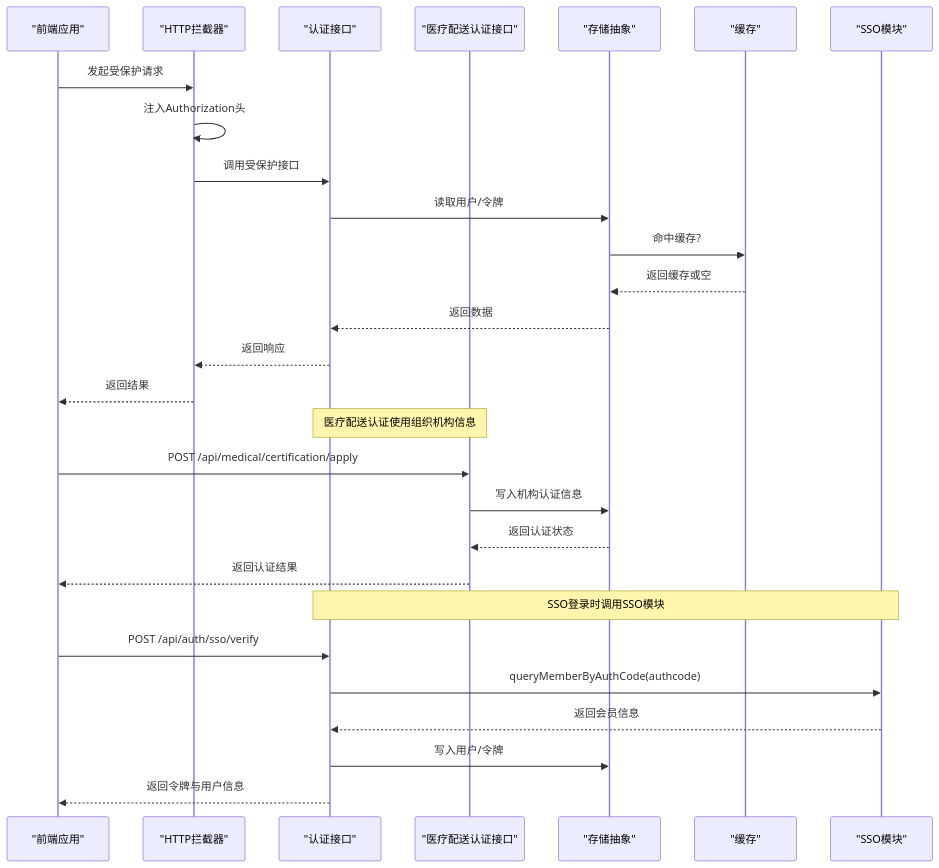
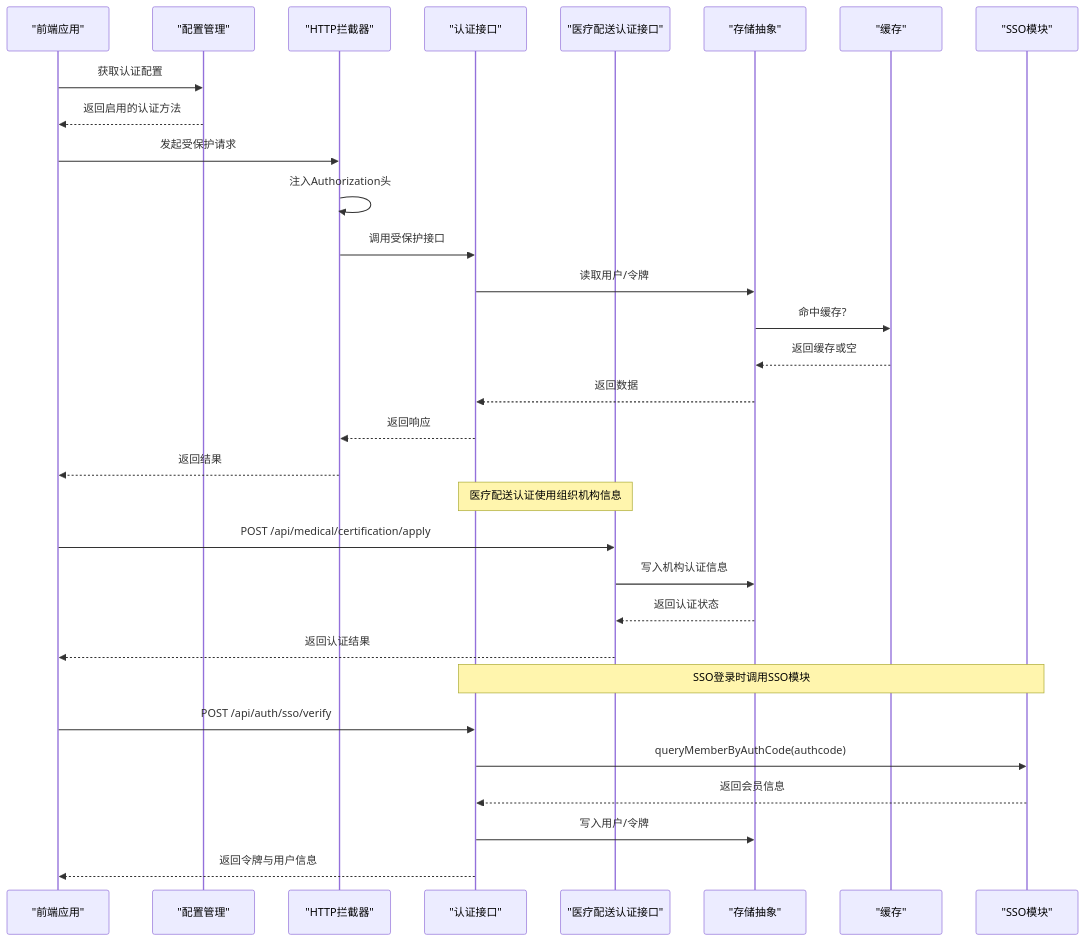
Before and after one commit to Giraffe-Han/microAPP: the second of 10 diagrams in .qoder/repowiki/zh/content/后端服务架构/认证与授权系统/认证与授权系统.md, drawn with Mermaid. The commit also changed other lines of this file and 14 other files, not shown here.

````diff
--- a/.qoder/repowiki/zh/content/后端服务架构/认证与授权系统/认证与授权系统.md
+++ b/.qoder/repowiki/zh/content/后端服务架构/认证与授权系统/认证与授权系统.md
@@ -154,30 +161,33 @@
 ```mermaid
 sequenceDiagram
 participant FE as "前端应用"
+participant CFG as "配置管理"
 participant HTTP as "HTTP拦截器"
 participant AUTH_API as "认证接口"
 participant MED_API as "医疗配送认证接口"
 participant STORE as "存储抽象"
 participant CACHE as "缓存"
 participant SSO as "SSO模块"
+FE->>CFG : 获取认证配置
+CFG-->>FE : 返回启用的认证方法
 FE->>HTTP : 发起受保护请求
 HTTP->>HTTP : 注入Authorization头
 HTTP->>AUTH_API : 调用受保护接口
 AUTH_API->>STORE : 读取用户/令牌
 STORE->>CACHE : 命中缓存?
 CACHE-->>STORE : 返回缓存或空
 STORE-->>AUTH_API : 返回数据
 AUTH_API-->>HTTP : 返回响应
 HTTP-->>FE : 返回结果
 Note over AUTH_API,MED_API : 医疗配送认证使用组织机构信息
 FE->>MED_API : POST /api/medical/certification/apply
 MED_API->>STORE : 写入机构认证信息
 STORE-->>MED_API : 返回认证状态
 MED_API-->>FE : 返回认证结果
 Note over AUTH_API,SSO : SSO登录时调用SSO模块
 FE->>AUTH_API : POST /api/auth/sso/verify
 AUTH_API->>SSO : queryMemberByAuthCode(authcode)
 SSO-->>AUTH_API : 返回会员信息
 AUTH_API->>STORE : 写入用户/令牌
 AUTH_API-->>FE : 返回令牌与用户信息
 ```
````
